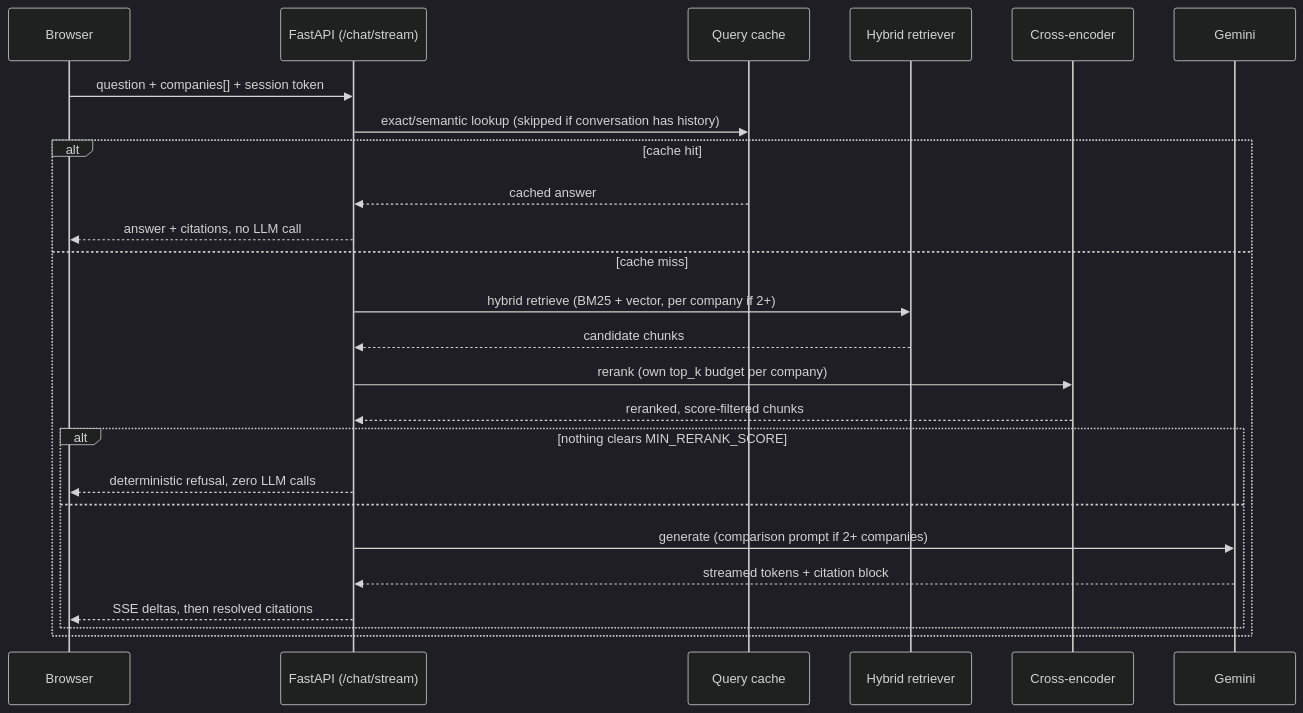
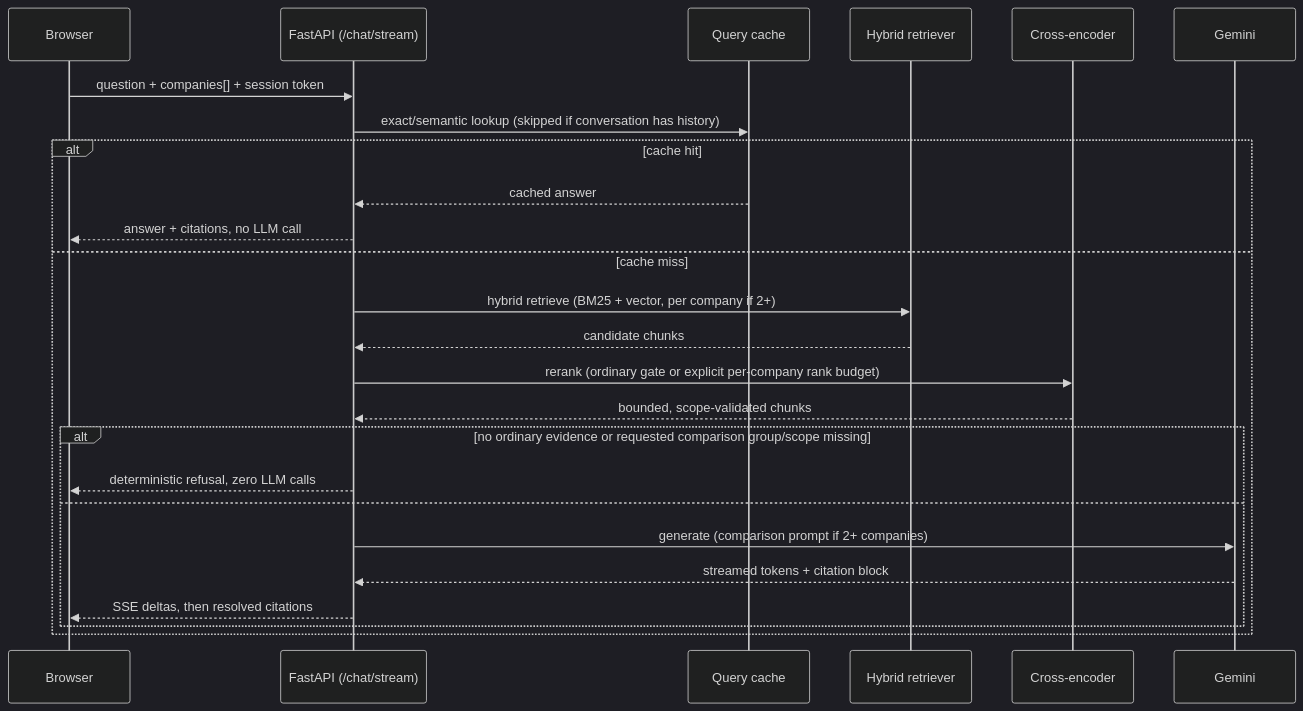
Before and after one commit to lakshayxi/sage: the second of 2 diagrams in README.md, drawn with Mermaid (dark theme). The commit also changed other lines of this file and 3 other files, not shown here.

Commit message:
document comparison rerank validation

````diff
--- a/README.md
+++ b/README.md
@@ -68,28 +68,28 @@
 ```mermaid
 sequenceDiagram
     participant U as Browser
     participant API as FastAPI (/chat/stream)
     participant Cache as Query cache
     participant Ret as Hybrid retriever
     participant RR as Cross-encoder
     participant LLM as Gemini
 
     U->>API: question + companies[] + session token
     API->>Cache: exact/semantic lookup (skipped if conversation has history)
     alt cache hit
         Cache-->>API: cached answer
         API-->>U: answer + citations, no LLM call
     else cache miss
         API->>Ret: hybrid retrieve (BM25 + vector, per company if 2+)
         Ret-->>API: candidate chunks
-        API->>RR: rerank (own top_k budget per company)
-        RR-->>API: reranked, score-filtered chunks
-        alt nothing clears MIN_RERANK_SCORE
+        API->>RR: rerank (ordinary gate or explicit per-company rank budget)
+        RR-->>API: bounded, scope-validated chunks
+        alt no ordinary evidence or requested comparison group/scope missing
             API-->>U: deterministic refusal, zero LLM calls
         else
             API->>LLM: generate (comparison prompt if 2+ companies)
             LLM-->>API: streamed tokens + citation block
             API-->>U: SSE deltas, then resolved citations
         end
     end
 ```
````
